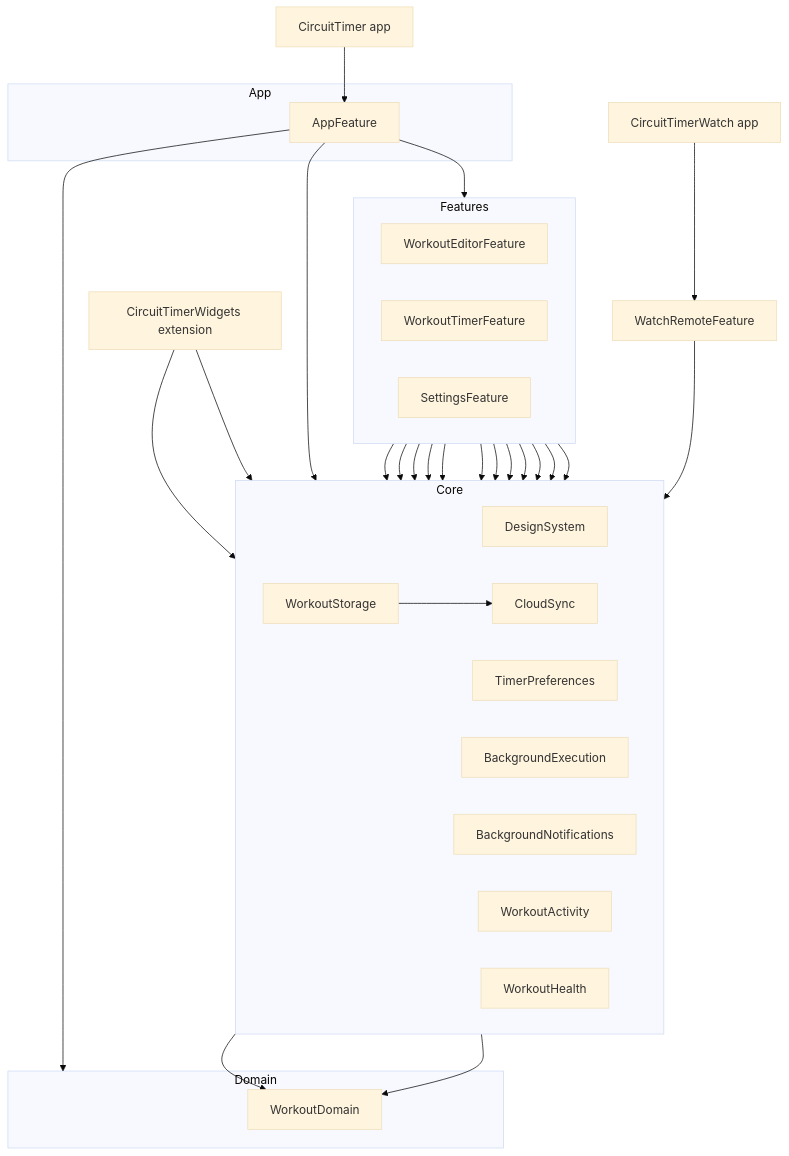
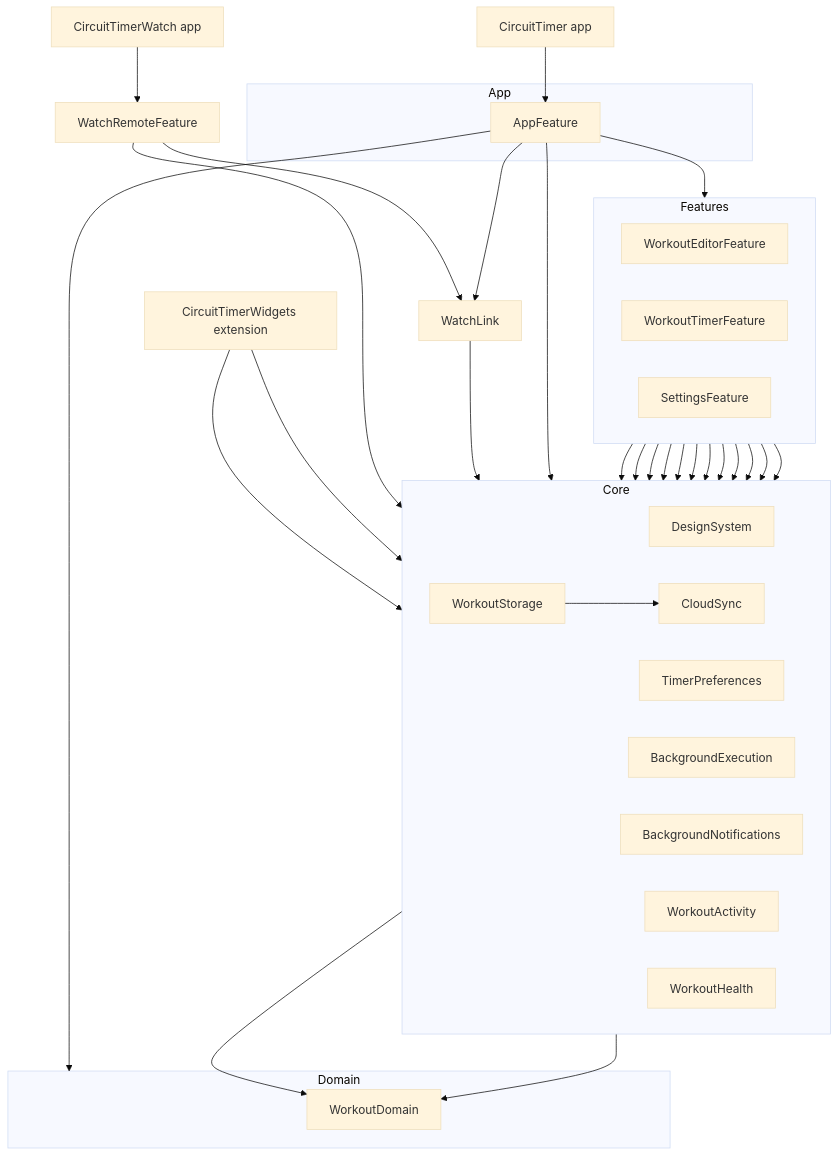
One commit to akrementsov/CircuitTimer changed the diagram in README.md. Above: the diagram before and after it, drawn with Mermaid (base theme). The commit also changed other lines of this file and 3 other files, not shown here.

Commit message:
CT-9-2: Document the watch link and the workout list

````diff
--- a/README.md
+++ b/README.md
@@ -98,56 +98,59 @@
 ```mermaid
 flowchart TD
     Shell["CircuitTimer app"] --> AppFeature
 
     subgraph AppLayer["App"]
         AppFeature
     end
 
     subgraph Features
         direction LR
         WorkoutEditorFeature
         WorkoutTimerFeature
         SettingsFeature
     end
 
     subgraph Core
         direction LR
         DesignSystem
         WorkoutStorage
         TimerPreferences
         BackgroundExecution
         BackgroundNotifications
         WorkoutActivity
         WorkoutHealth
         CloudSync
     end
 
     subgraph Domain
         WorkoutDomain
     end
 
     AppFeature --> Features
     AppFeature --> Core
     AppFeature --> Domain
     WorkoutEditorFeature --> DesignSystem
     WorkoutEditorFeature --> WorkoutStorage
     WorkoutTimerFeature --> DesignSystem
     WorkoutTimerFeature --> WorkoutStorage
     WorkoutTimerFeature --> TimerPreferences
     WorkoutTimerFeature --> BackgroundExecution
     SettingsFeature --> DesignSystem
     SettingsFeature --> TimerPreferences
     SettingsFeature --> CloudSync
     WorkoutTimerFeature --> BackgroundNotifications
     WorkoutTimerFeature --> WorkoutActivity
     WorkoutTimerFeature --> WorkoutHealth
     WorkoutStorage --> WorkoutDomain
     WorkoutStorage --> CloudSync
     WorkoutActivity --> WorkoutDomain
 
     Widgets["CircuitTimerWidgets extension"] --> WorkoutActivity
     Widgets --> DesignSystem
 
     Watch["CircuitTimerWatch app"] --> WatchRemoteFeature
     WatchRemoteFeature --> DesignSystem
+    WatchRemoteFeature --> WatchLink
+    AppFeature --> WatchLink
+    WatchLink --> WorkoutActivity
 ```
````
